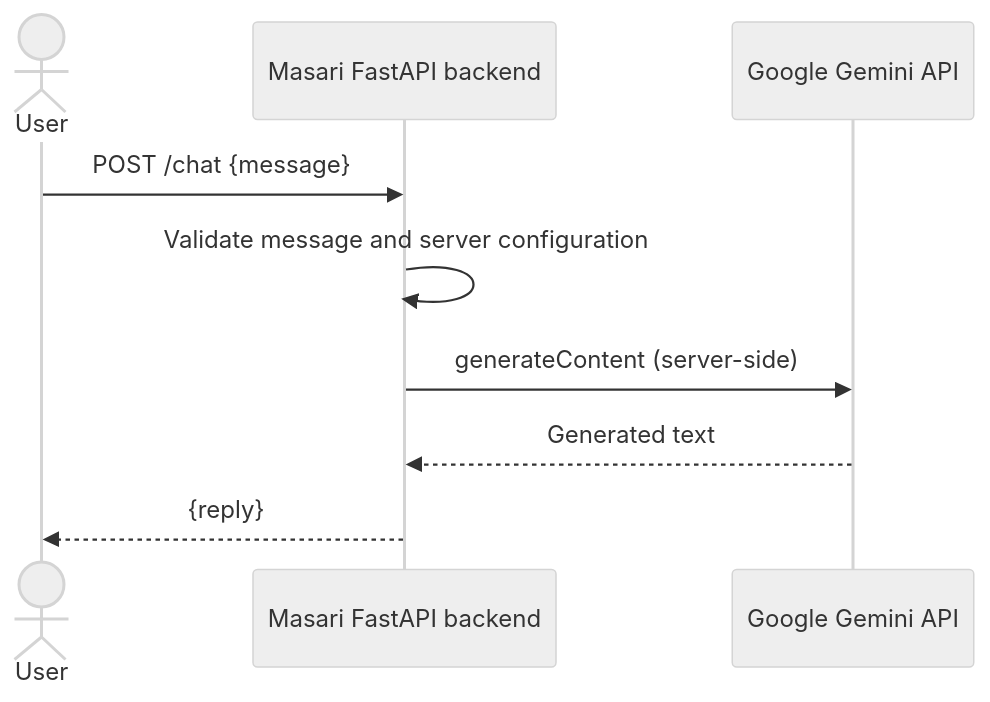
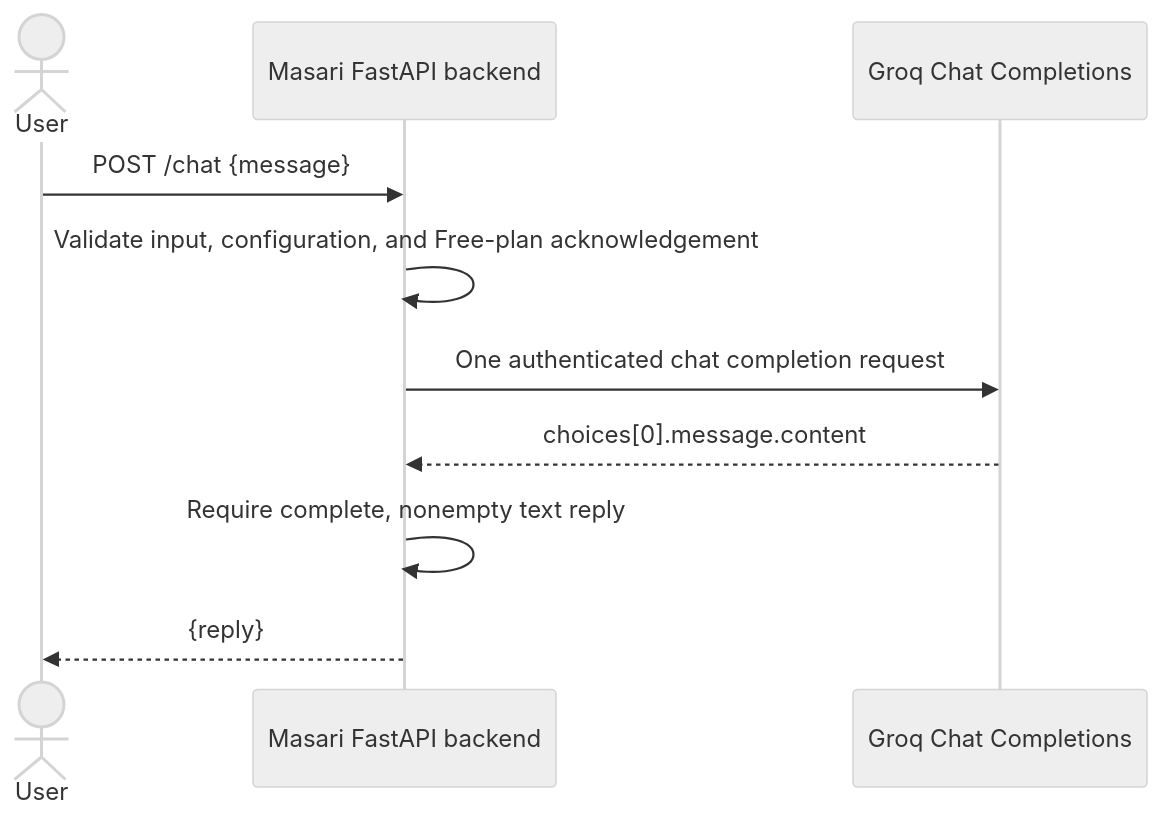
The diagram in README.md (HemmatHamdi/Mind-Machine), drawn with Mermaid (neutral theme) before and after one commit. The commit also changed other lines of this file and 3 other files, not shown here.

Commit message:
Migrate chat backend to Groq with verified live response

````diff
--- a/README.md
+++ b/README.md
@@ -22,11 +58,12 @@
 ```mermaid
 sequenceDiagram
     actor User
     participant API as Masari FastAPI backend
-    participant Gemini as Google Gemini API
+    participant Groq as Groq Chat Completions
     User->>API: POST /chat {message}
-    API->>API: Validate message and server configuration
-    API->>Gemini: generateContent (server-side)
-    Gemini-->>API: Generated text
+    API->>API: Validate input, configuration, and Free-plan acknowledgement
+    API->>Groq: One authenticated chat completion request
+    Groq-->>API: choices[0].message.content
+    API->>API: Require complete, nonempty text reply
     API-->>User: {reply}
 ```
````
